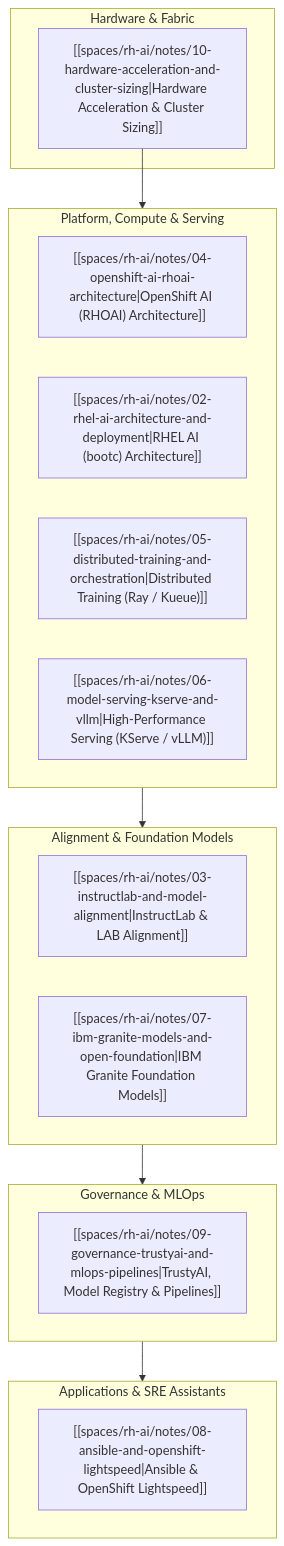
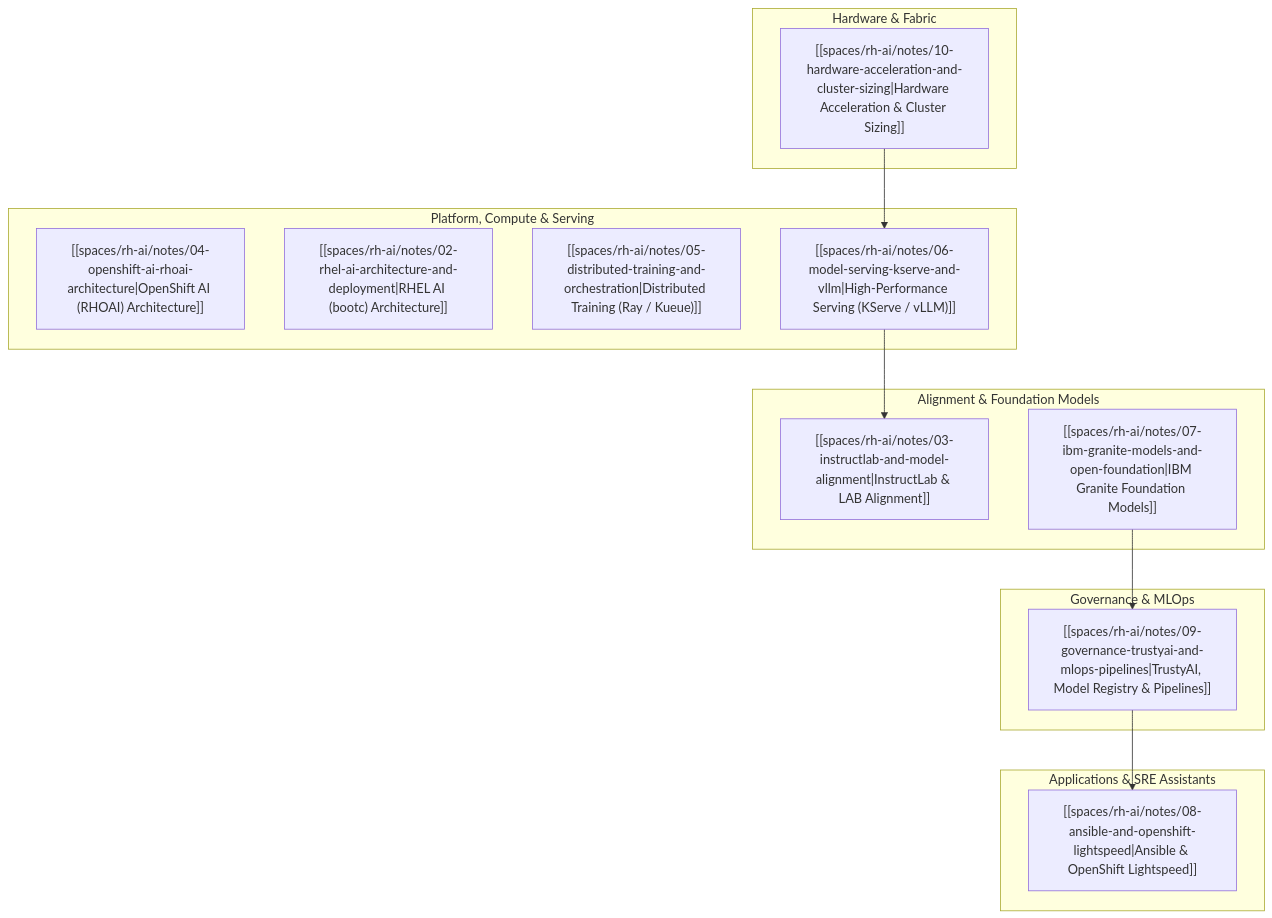
The diagram in knowledge/spaces/rh-ai/notes/overview.md (therealkevops/CAGY-v2.0.0), drawn with Mermaid before and after one commit. The commit also changed other lines of this file and 79 other files, not shown here.

Commit message:
fix(webui): harden mermaid error handling, fix workspace.js syntax, and correct diagram labels

````diff
--- a/knowledge/spaces/rh-ai/notes/overview.md
+++ b/knowledge/spaces/rh-ai/notes/overview.md
@@ -14,31 +14,31 @@
 ```mermaid
 flowchart TD
     subgraph GenAI["Applications & SRE Assistants"]
         AL["[[spaces/rh-ai/notes/08-ansible-and-openshift-lightspeed|Ansible & OpenShift Lightspeed]]"]
     end
 
     subgraph Governance["Governance & MLOps"]
         GOV["[[spaces/rh-ai/notes/09-governance-trustyai-and-mlops-pipelines|TrustyAI, Model Registry & Pipelines]]"]
     end
 
     subgraph Alignment["Alignment & Foundation Models"]
         ILAB["[[spaces/rh-ai/notes/03-instructlab-and-model-alignment|InstructLab & LAB Alignment]]"]
         GRAN["[[spaces/rh-ai/notes/07-ibm-granite-models-and-open-foundation|IBM Granite Foundation Models]]"]
     end
 
     subgraph PlatformServing["Platform, Compute & Serving"]
         RHOAI["[[spaces/rh-ai/notes/04-openshift-ai-rhoai-architecture|OpenShift AI (RHOAI) Architecture]]"]
         RHELAI["[[spaces/rh-ai/notes/02-rhel-ai-architecture-and-deployment|RHEL AI (bootc) Architecture]]"]
         DIST["[[spaces/rh-ai/notes/05-distributed-training-and-orchestration|Distributed Training (Ray / Kueue)]]"]
         SERV["[[spaces/rh-ai/notes/06-model-serving-kserve-and-vllm|High-Performance Serving (KServe / vLLM)]]"]
     end
 
     subgraph FabricHardware["Hardware & Fabric"]
         HW["[[spaces/rh-ai/notes/10-hardware-acceleration-and-cluster-sizing|Hardware Acceleration & Cluster Sizing]]"]
     end
 
-    HW --> PlatformServing
-    PlatformServing --> Alignment
-    Alignment --> Governance
-    Governance --> GenAI
+    HW --> SERV
+    SERV --> ILAB
+    GRAN --> GOV
+    GOV --> AL
 ```
````
